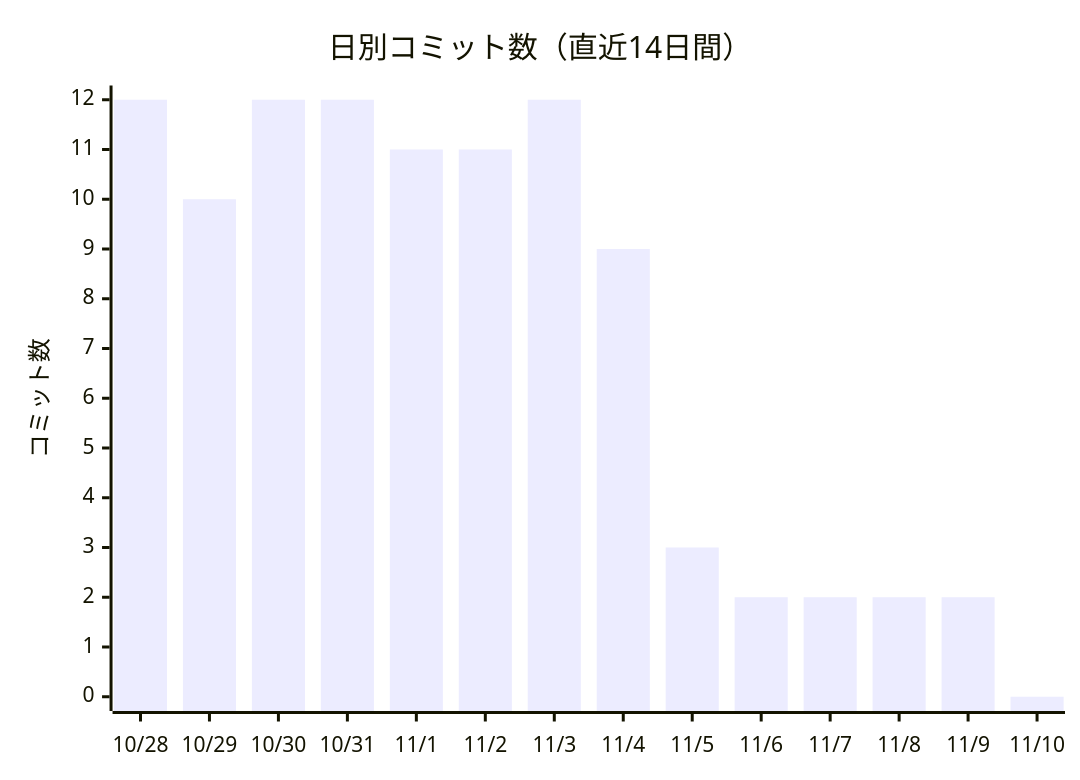
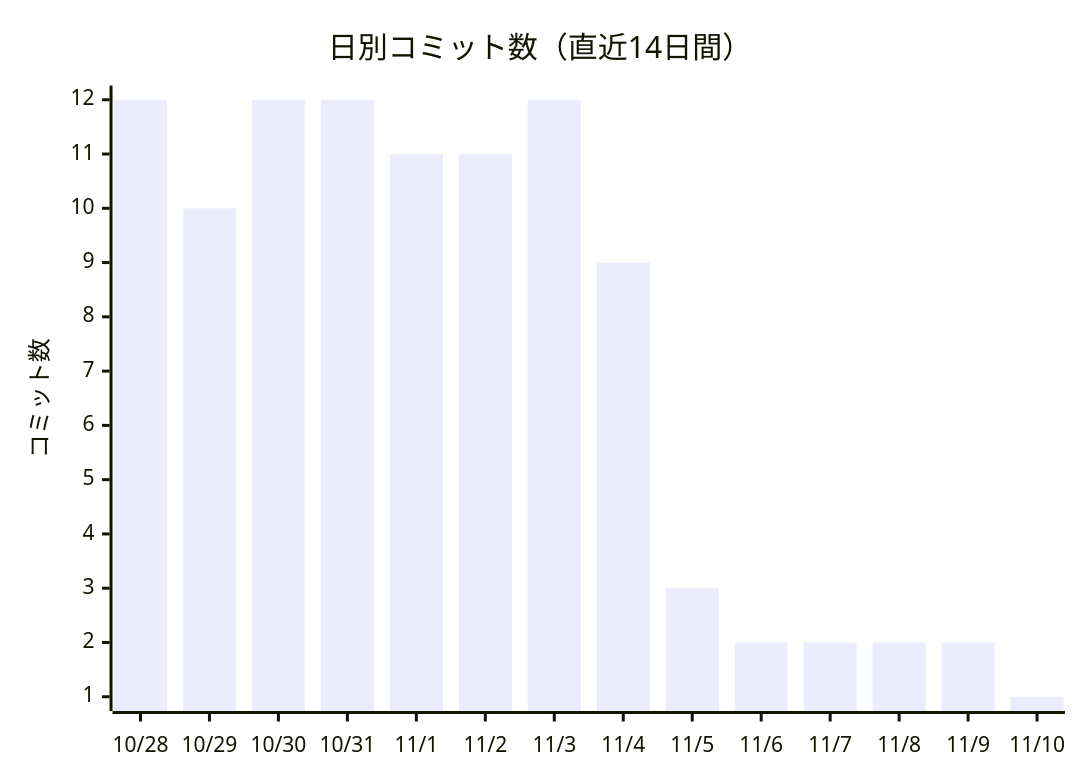
One commit to non-x2/non-x2 changed the first of 2 diagrams in docs/進化レポート.md. Above: the diagram before and after it, drawn with Mermaid. The commit also changed other lines of this file and 1 other file, not shown here.

````diff
--- a/docs/進化レポート.md
+++ b/docs/進化レポート.md
@@ -23,7 +23,7 @@
 ```mermaid
 xychart-beta
     title "日別コミット数（直近14日間）"
     x-axis ["10/28", "10/29", "10/30", "10/31", "11/1", "11/2", "11/3", "11/4", "11/5", "11/6", "11/7", "11/8", "11/9", "11/10"]
     y-axis "コミット数"
-    bar [12, 10, 12, 12, 11, 11, 12, 9, 3, 2, 2, 2, 2, 0]
+    bar [12, 10, 12, 12, 11, 11, 12, 9, 3, 2, 2, 2, 2, 1]
 ```
````
